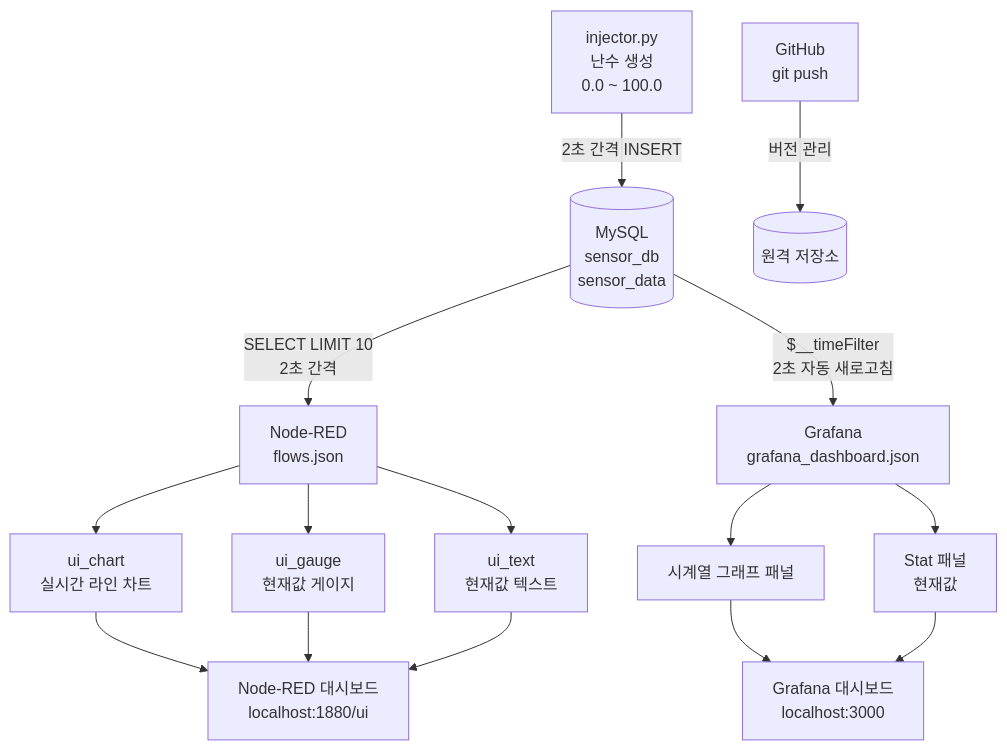
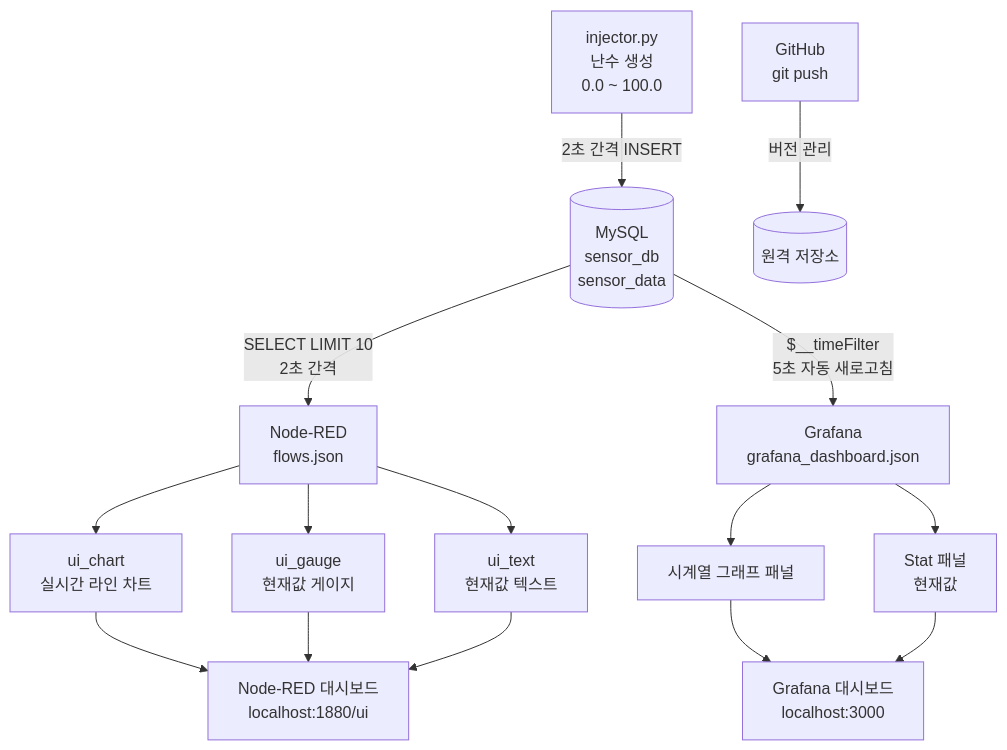
Before and after one commit to Userlsj-project/sensor_project: the diagram in README.md, drawn with Mermaid. The commit also changed other lines of this file, not shown here.

````diff
--- a/README.md
+++ b/README.md
@@ -27,17 +27,17 @@
 ```mermaid
 flowchart TD
     A[injector.py\n난수 생성\n0.0 ~ 100.0] -->|2초 간격 INSERT| B[(MySQL\nsensor_db\nsensor_data)]
 
     B -->|SELECT LIMIT 10\n2초 간격| C[Node-RED\nflows.json]
     C --> D[ui_chart\n실시간 라인 차트]
     C --> E[ui_gauge\n현재값 게이지]
     C --> F[ui_text\n현재값 텍스트]
     D & E & F --> G[Node-RED 대시보드\nlocalhost:1880/ui]
 
-    B -->|$__timeFilter\n2초 자동 새로고침| H[Grafana\ngrafana_dashboard.json]
+    B -->|$__timeFilter\n5초 자동 새로고침| H[Grafana\ngrafana_dashboard.json]
     H --> I[시계열 그래프 패널]
     H --> J[Stat 패널\n현재값]
     I & J --> K[Grafana 대시보드\nlocalhost:3000]
 
     L[GitHub\ngit push] -->|버전 관리| M[(원격 저장소)]
 ```
````
